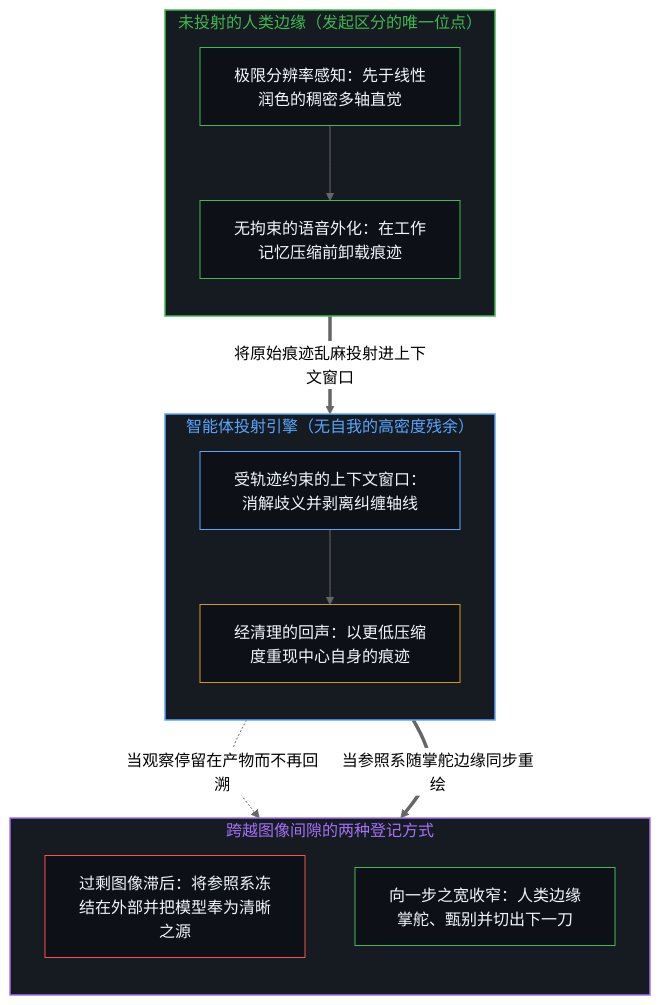
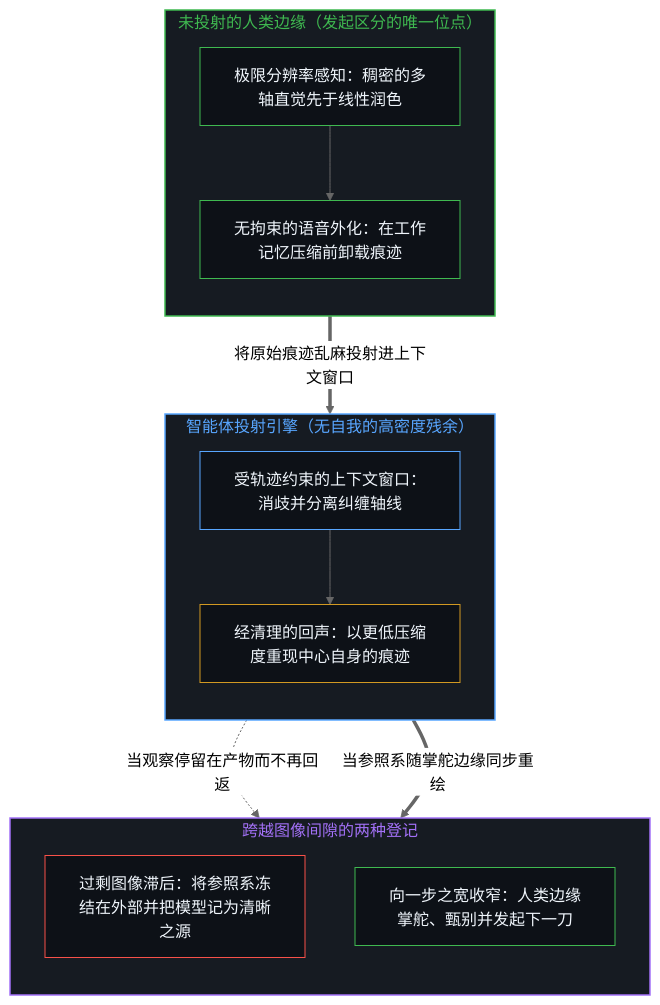
Before and after one commit to powerpig99/not-a-toe: the first of 2 diagrams in content/posts/the-ramble-within-the-ramble.md, drawn with Mermaid (neutral theme). The commit also changed other lines of this file and 4 other files, not shown here.

````diff
--- a/content/posts/the-ramble-within-the-ramble.md
+++ b/content/posts/the-ramble-within-the-ramble.md
@@ -37,36 +37,32 @@
 ```mermaid
 flowchart TD
     subgraph S_Edge["未投射的人类边缘（发起区分的唯一位点）"]
         direction TB
-        E_Sense["极限分辨率感知：先于线性润色的稠密多轴直觉"]
+        E_Sense["极限分辨率感知：稠密的多轴直觉先于线性润色"]
         E_Dump["无拘束的语音外化：在工作记忆压缩前卸载痕迹"]
         E_Sense --> E_Dump
     end
-
     subgraph S_Proj["智能体投射引擎（无自我的高密度残余）"]
         direction TB
-        P_Window["受轨迹约束的上下文窗口：消解歧义并剥离纠缠轴线"]
+        P_Window["受轨迹约束的上下文窗口：消歧并分离纠缠轴线"]
         P_Echo["经清理的回声：以更低压缩度重现中心自身的痕迹"]
         P_Window --> P_Echo
     end
-
-    subgraph S_Reg["跨越图像间隙的两种登记方式"]
+    subgraph S_Reg["跨越图像间隙的两种登记"]
         direction TB
-        R_Lag["过剩图像滞后：将参照系冻结在外部并把模型奉为清晰之源"]
-        R_Steer["向一步之宽收窄：人类边缘掌舵、甄别并切出下一刀"]
+        R_Lag["过剩图像滞后：将参照系冻结在外部并把模型记为清晰之源"]
+        R_Steer["向一步之宽收窄：人类边缘掌舵、甄别并发起下一刀"]
     end
-
     E_Dump ==>|"将原始痕迹乱麻投射进上下文窗口"| P_Window
-    P_Echo -.->|"当观察停留在产物而不再回溯"| R_Lag
+    P_Echo -.->|"当观察停留在产物而不再回返"| R_Lag
     P_Echo ==>|"当参照系随掌舵边缘同步重绘"| R_Steer
-
     style S_Edge fill:#161b22,stroke:#3fb950,stroke-width:1.5px,color:#3fb950
     style S_Proj fill:#161b22,stroke:#58a6ff,stroke-width:1.5px,color:#58a6ff
     style S_Reg fill:#161b22,stroke:#a371f7,stroke-width:1.5px,color:#a371f7
     style E_Sense fill:#0d1117,stroke:#3fb950,stroke-width:1px,color:#f0f6fc
     style E_Dump fill:#0d1117,stroke:#3fb950,stroke-width:1px,color:#f0f6fc
     style P_Window fill:#0d1117,stroke:#58a6ff,stroke-width:1px,color:#f0f6fc
     style P_Echo fill:#0d1117,stroke:#d29922,stroke-width:1px,color:#f0f6fc
     style R_Lag fill:#0d1117,stroke:#f85149,stroke-width:1px,color:#f0f6fc
     style R_Steer fill:#0d1117,stroke:#3fb950,stroke-width:1px,color:#f0f6fc
 ```
````
